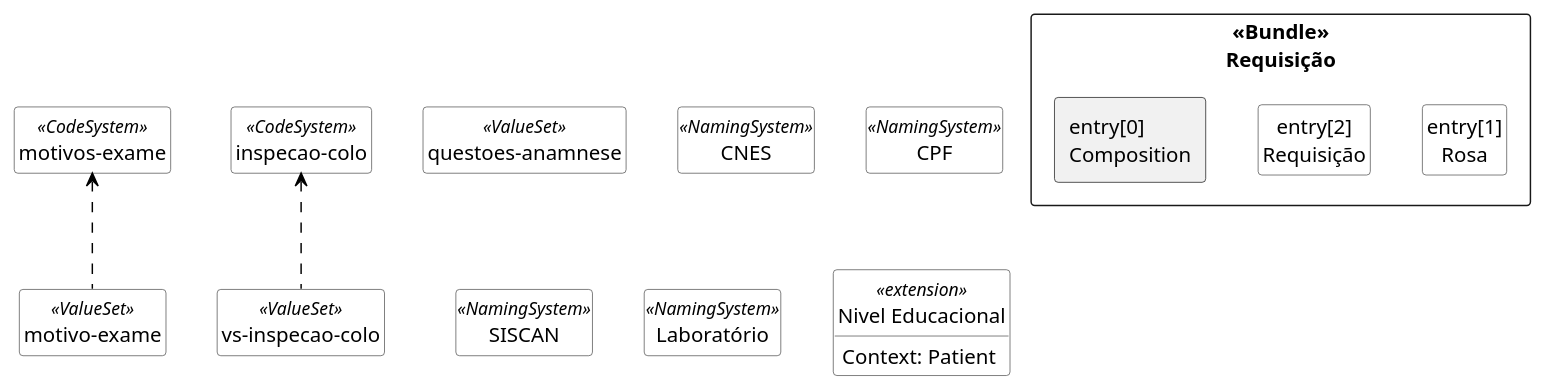
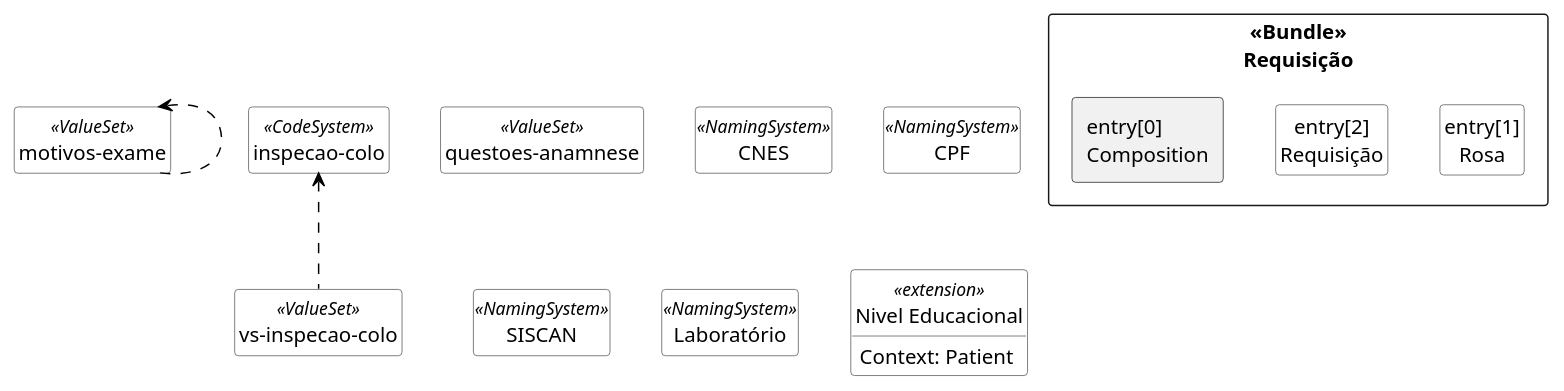
The diagram in input/images-source/fhir.plantuml (kyriosdata/farol), drawn with PlantUML before and after one commit. The commit also changed 8 other files, not shown here.

```diff
--- a/input/images-source/fhir.plantuml
+++ b/input/images-source/fhir.plantuml
@@ -1,41 +1,41 @@
 @startuml fhir
 
 hide circle
 hide methods
 hide empty members
 
 skinparam class {
     BackgroundColor White
     ArrowColor Black
     BorderColor #505050
 }
 
 class "inspecao-colo" as InspecaoColo <<CodeSystem>> {}
-class "motivos-exame" as MotivosExame <<CodeSystem>> {}
+class "motivos-exame" as MotivoExame <<CodeSystem>> {}
 class "vs-inspecao-colo" as VsInspecaoColo <<ValueSet>> {}
 class "motivo-exame" as MotivoExame <<ValueSet>> {}
 class "questoes-anamnese" as QuestoesAnamnese <<ValueSet>> {}
 
 VsInspecaoColo .up.> InspecaoColo
-MotivoExame .up.> MotivosExame
+MotivoExame .up.> MotivoExame
 
 class CNES <<NamingSystem>> {}
 class CPF <<NamingSystem>> {}
 class "SISCAN" as SiscanProtocolo <<NamingSystem>> {}
 class "Laboratório" as Laboratorio <<NamingSystem>> {}
 
 class "Nivel Educacional" as NivelEducacional <<extension>> {
     Context: Patient
 }
 
 package "<<Bundle>>\nRequisição" as Bundle <<Rectangle>> {
     package "entry[0]\nComposition" as Composition <<Rectangle>> {
 
     }
 
     class "entry[1]\nRosa" as paciente {}
     class "entry[2]\nRequisição" as requisicao {}
 }
 
 
 @enduml
```
